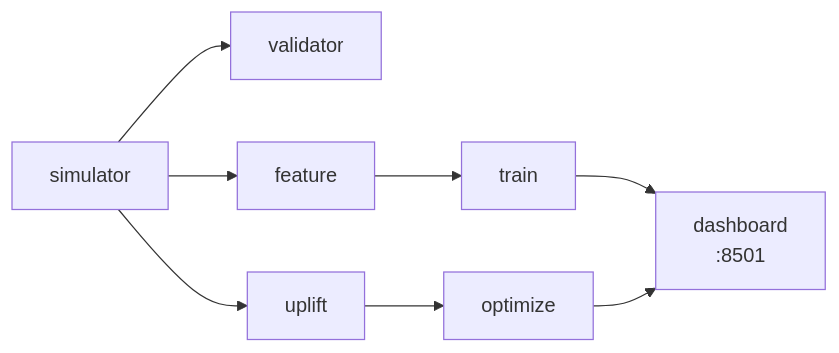
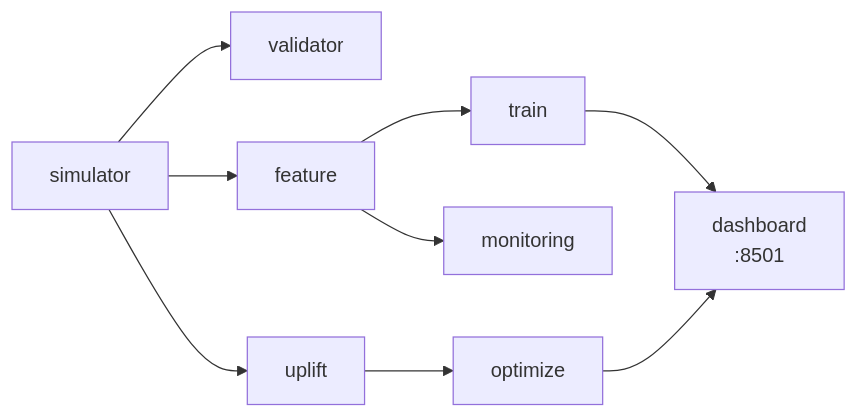
One commit to neibler/customer-churn-retention-system changed the second of 2 diagrams in README.md. Above: the diagram before and after it, drawn with Mermaid. The commit also changed other lines of this file and 11 other files, not shown here.

````diff
--- a/README.md
+++ b/README.md
@@ -433,18 +449,20 @@
 ```mermaid
 flowchart LR
     SIM["simulator"]
     VAL["validator"]
     FEAT["feature"]
     UPLIFT["uplift"]
     TRAIN["train"]
+    MON["monitoring"]
     OPT["optimize"]
     DASH["dashboard\n:8501"]
 
     SIM --> VAL
     SIM --> FEAT
     SIM --> UPLIFT
     FEAT --> TRAIN
+    FEAT --> MON
     UPLIFT --> OPT
     TRAIN --> DASH
     OPT --> DASH
 ```
````
